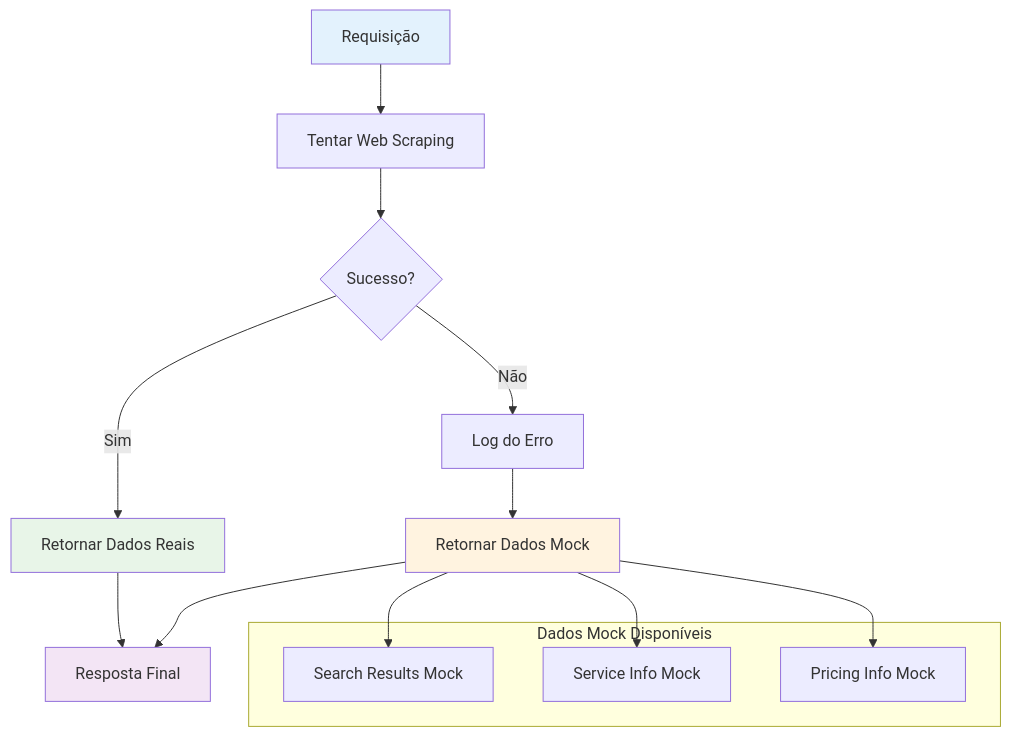
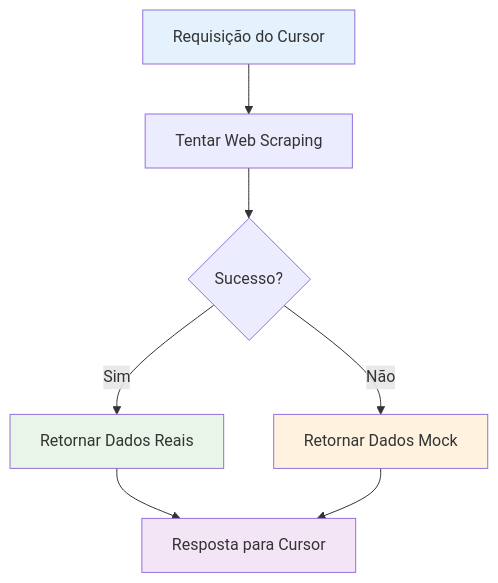
One commit to ugulinofabiano/mcp_aws_doc changed the fourth of 4 diagrams in mcp_aws_docs/ARCHITECTURE_DIAGRAMS.md. Above: the diagram before and after it, drawn with Mermaid. The commit also changed other lines of this file and 3 other files, not shown here.

First line of the commit message:
docs: Update and simplify architecture documentation

````diff
--- a/mcp_aws_docs/ARCHITECTURE_DIAGRAMS.md
+++ b/mcp_aws_docs/ARCHITECTURE_DIAGRAMS.md
@@ -147,28 +97,16 @@
 ```mermaid
 graph TD
-    A[Requisição] --> B[Tentar Web Scraping]
+    A[Requisição do Cursor] --> B[Tentar Web Scraping]
     B --> C{Sucesso?}
     
     C -->|Sim| D[Retornar Dados Reais]
-    C -->|Não| E[Log do Erro]
+    C -->|Não| E[Retornar Dados Mock]
     
-    E --> F[Retornar Dados Mock]
-    
-    D --> G[Resposta Final]
-    F --> G
-    
-    subgraph "Dados Mock Disponíveis"
-        H[Search Results Mock]
-        I[Service Info Mock]
-        J[Pricing Info Mock]
-    end
-    
-    F --> H
-    F --> I
-    F --> J
+    D --> F[Resposta para Cursor]
+    E --> F
     
     style A fill:#e3f2fd
     style D fill:#e8f5e8
-    style F fill:#fff3e0
-    style G fill:#f3e5f5
+    style E fill:#fff3e0
+    style F fill:#f3e5f5
 ```
````
